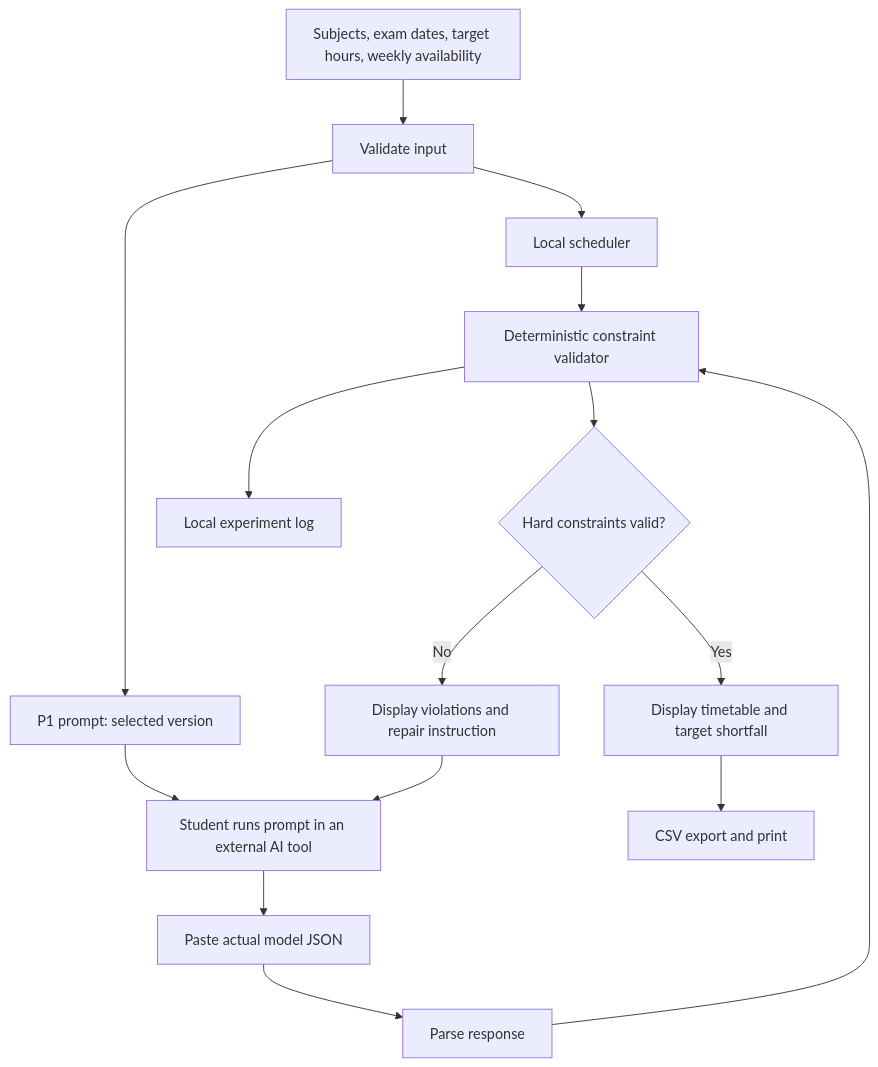
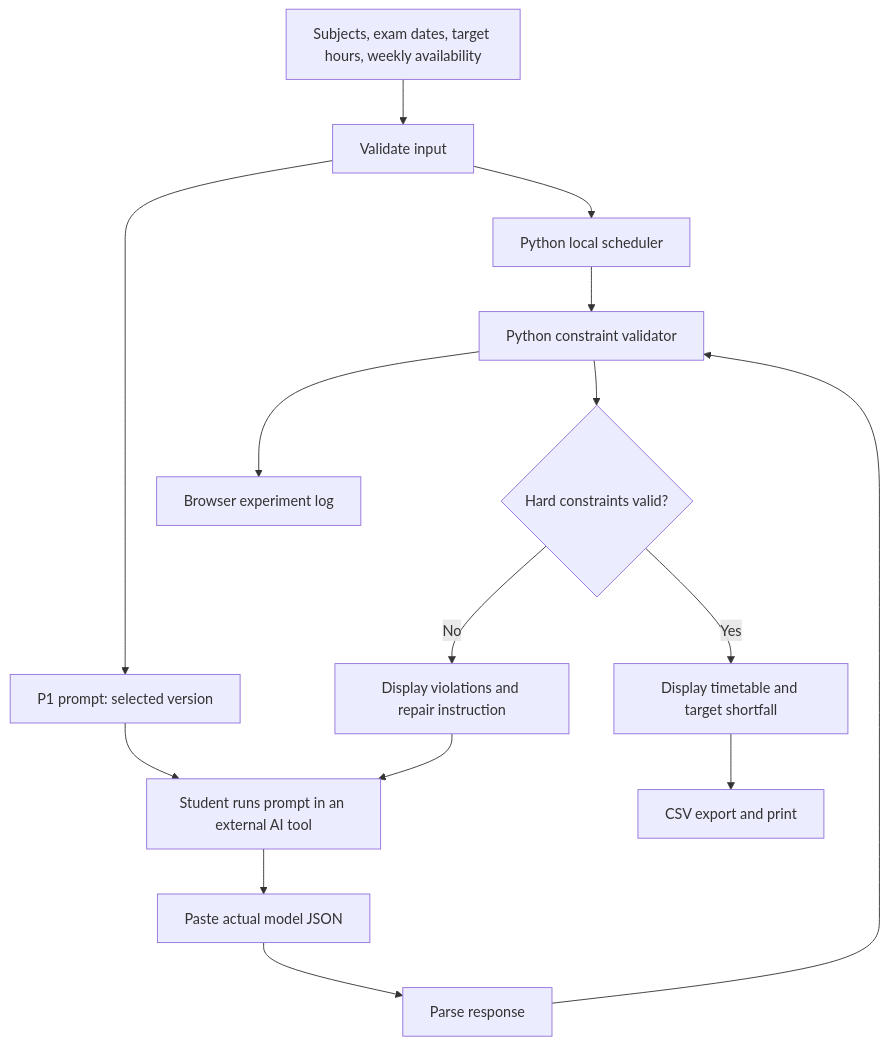
Before and after one commit to saif2020azk-ux/studyflow: the diagram in docs/workflow.md, drawn with Mermaid. The commit also changed other lines of this file and 27 other files, not shown here.

````diff
--- a/docs/workflow.md
+++ b/docs/workflow.md
@@ -3,17 +3,17 @@
 ```mermaid
 flowchart TD
   A[Subjects, exam dates, target hours, weekly availability] --> B[Validate input]
-  B --> C[Local scheduler]
+  B --> C[Python local scheduler]
   B --> D[P1 prompt: selected version]
   D --> E[Student runs prompt in an external AI tool]
   E --> F[Paste actual model JSON]
   F --> G[Parse response]
-  C --> H[Deterministic constraint validator]
+  C --> H[Python constraint validator]
   G --> H
   H --> I{Hard constraints valid?}
   I -->|No| J[Display violations and repair instruction]
   J --> E
   I -->|Yes| K[Display timetable and target shortfall]
   K --> L[CSV export and print]
-  H --> M[Local experiment log]
+  H --> M[Browser experiment log]
 ```
````
